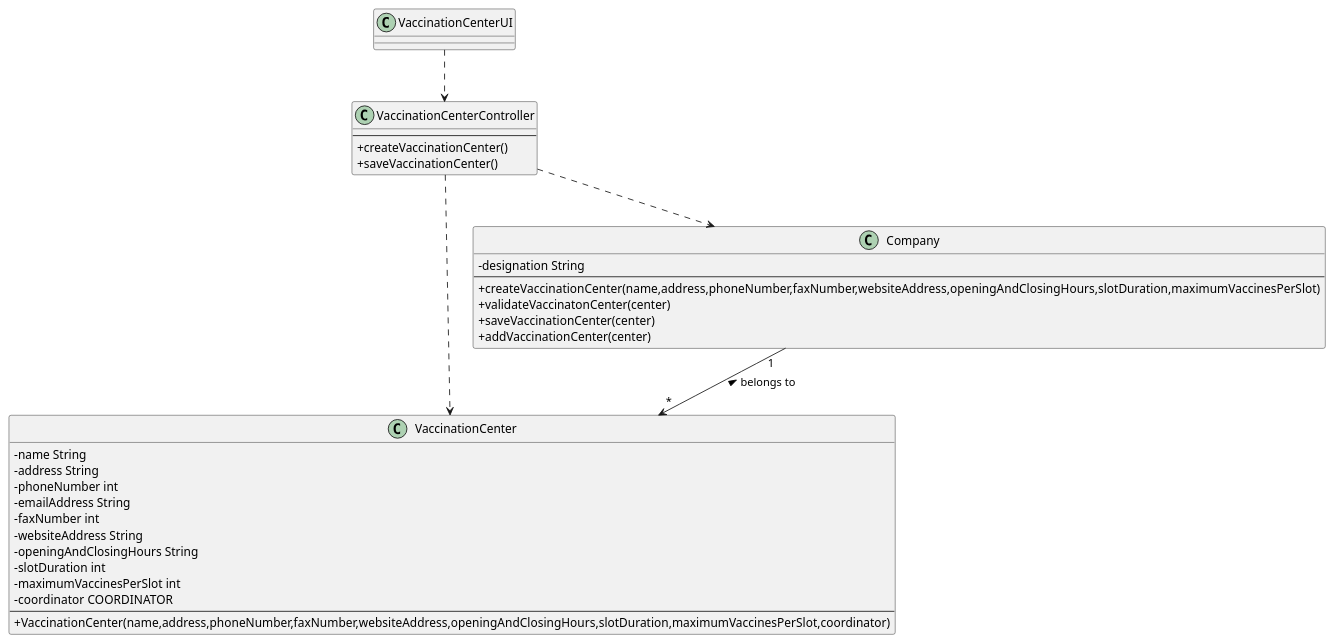
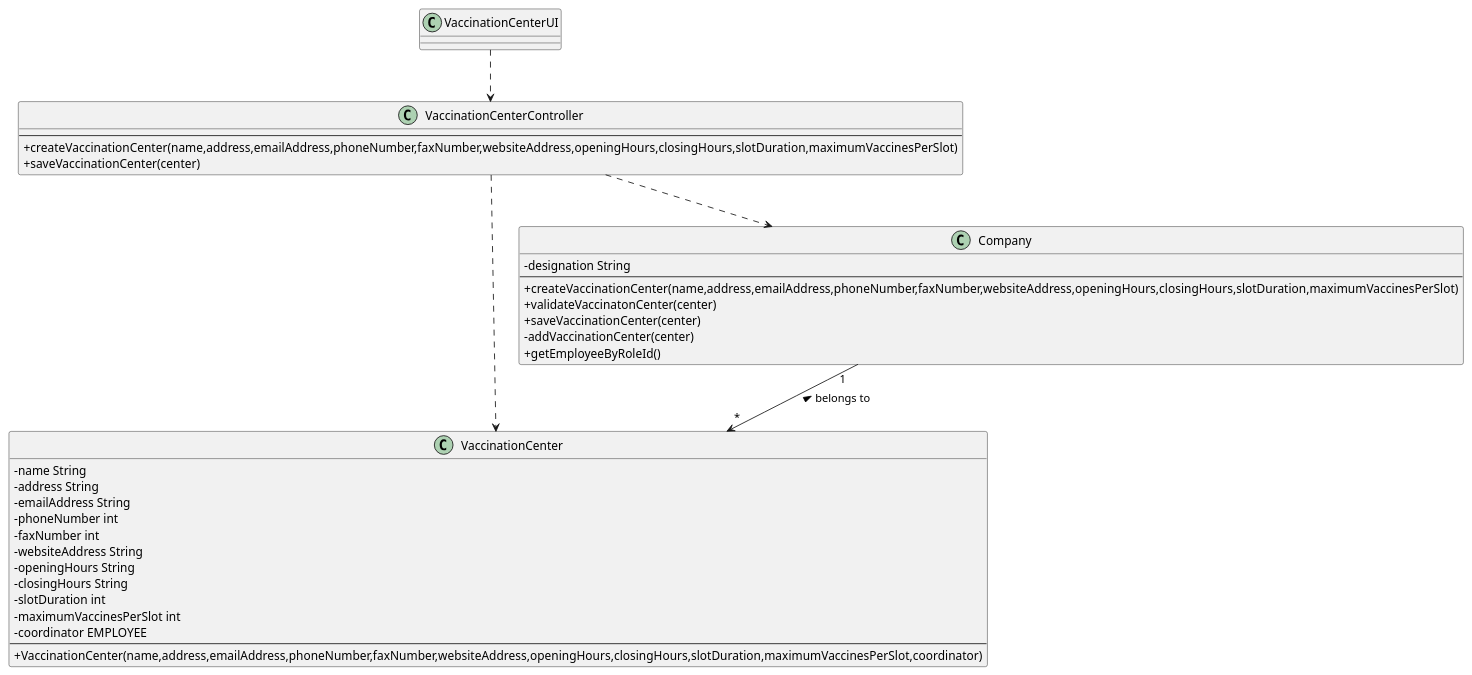
Before and after one commit to miseEnPlace-i/lapr2: the diagram in docs/SprintB/US09/CD/US09_CD.puml, drawn with PlantUML. The commit also changed 1 other file, not shown here.

```diff
--- a/docs/SprintB/US09/CD/US09_CD.puml
+++ b/docs/SprintB/US09/CD/US09_CD.puml
@@ -1,42 +1,44 @@
 @startuml US09_CD
 skinparam classAttributeIconSize 0
 
 class VaccinationCenter {
   - name String
   - address String
+  - emailAddress String
   - phoneNumber int
-  - emailAddress String
   - faxNumber int
   - websiteAddress String
-  - openingAndClosingHours String
+  - openingHours String
+  - closingHours String
   - slotDuration int
   - maximumVaccinesPerSlot int
-  - coordinator COORDINATOR
+  - coordinator EMPLOYEE
   ---
- +VaccinationCenter(name,address,phoneNumber,faxNumber,websiteAddress,openingAndClosingHours,slotDuration,maximumVaccinesPerSlot,coordinator)
+ +VaccinationCenter(name,address,emailAddress,phoneNumber,faxNumber,websiteAddress,openingHours,closingHours,slotDuration,maximumVaccinesPerSlot,coordinator)
 }
 
 
 class Company {
   -designation String
   ---
-  +createVaccinationCenter(name,address,phoneNumber,faxNumber,websiteAddress,openingAndClosingHours,slotDuration,maximumVaccinesPerSlot)
+  +createVaccinationCenter(name,address,emailAddress,phoneNumber,faxNumber,websiteAddress,openingHours,closingHours,slotDuration,maximumVaccinesPerSlot)
   +validateVaccinatonCenter(center)
   +saveVaccinationCenter(center)
-  +addVaccinationCenter(center)
+  -addVaccinationCenter(center)
+  +getEmployeeByRoleId()
 }
 
 class VaccinationCenterController {
   ---
-  +createVaccinationCenter()
-  +saveVaccinationCenter()
+  +createVaccinationCenter(name,address,emailAddress,phoneNumber,faxNumber,websiteAddress,openingHours,closingHours,slotDuration,maximumVaccinesPerSlot)
+  +saveVaccinationCenter(center)
 }
 
 class VaccinationCenterUI {}
 
 VaccinationCenterUI ..> VaccinationCenterController
 VaccinationCenterController ..> Company
 Company "1" --> "*" VaccinationCenter : belongs to <
 VaccinationCenterController ..> VaccinationCenter
 
 @enduml
```
